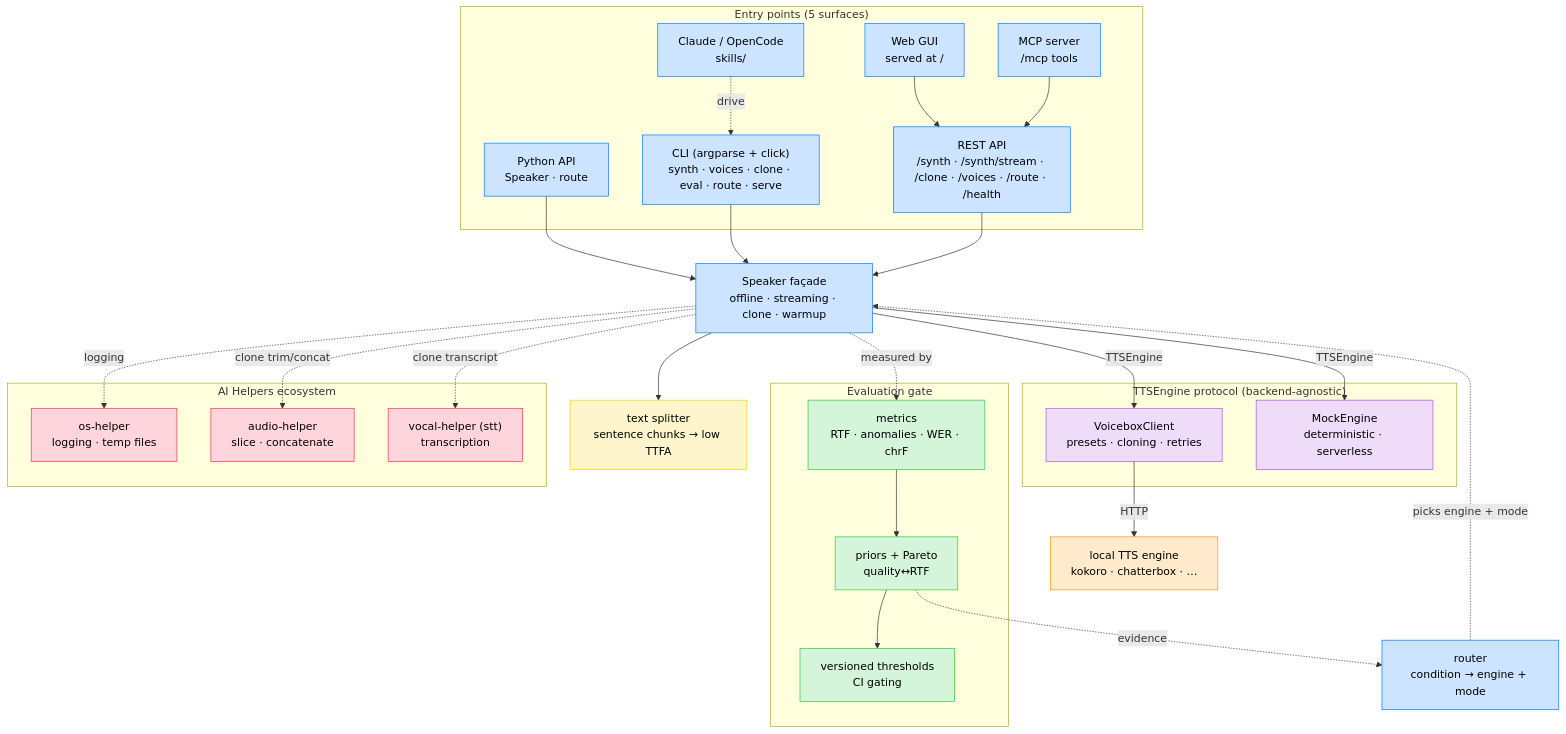
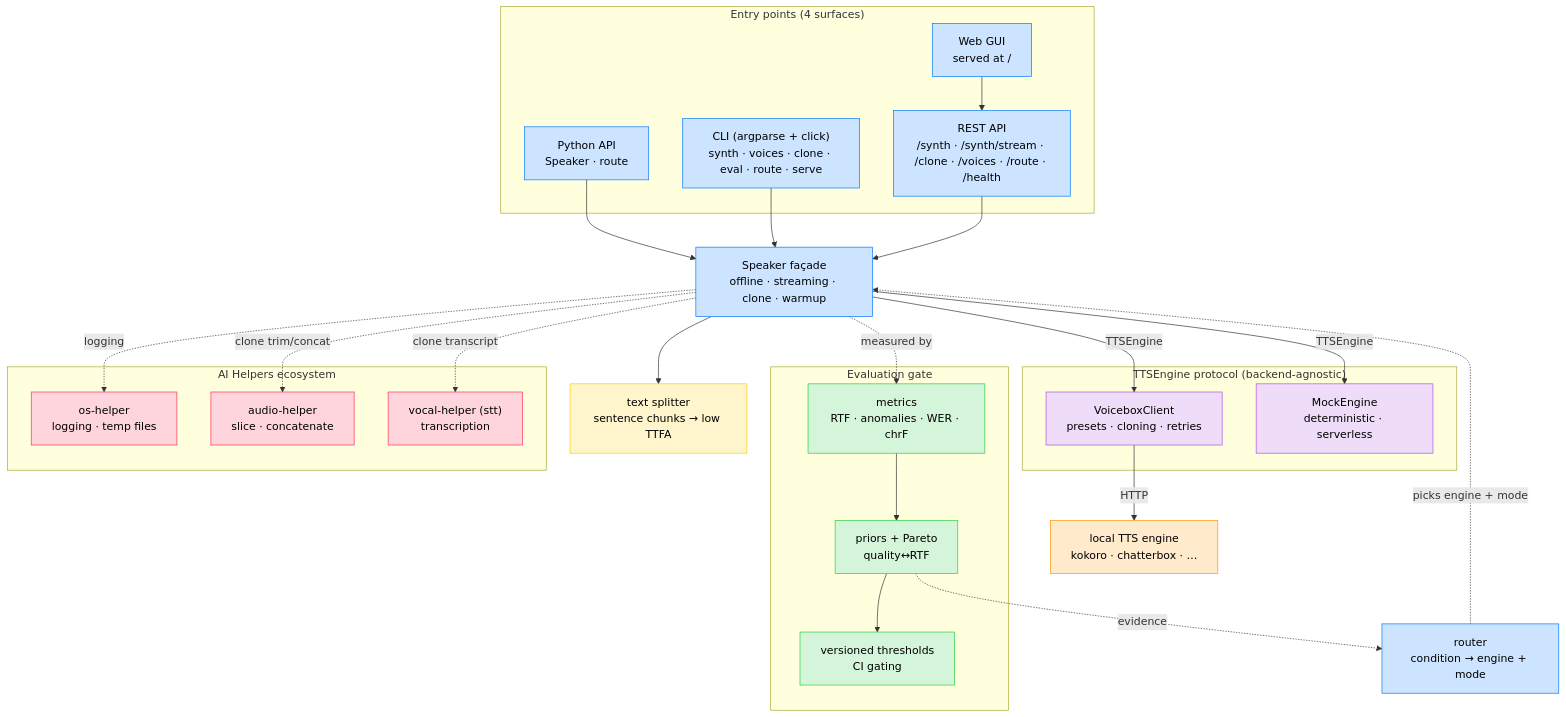
The first of 2 diagrams in TECHNICAL_STACK.md (warith-harchaoui/speaker-helper), drawn with Mermaid before and after one commit. The commit also changed other lines of this file and 17 other files, not shown here.

````diff
--- a/TECHNICAL_STACK.md
+++ b/TECHNICAL_STACK.md
@@ -10,59 +10,55 @@
 ```mermaid
 flowchart TB
-    subgraph clients["Entry points (5 surfaces)"]
+    subgraph clients["Entry points (4 surfaces)"]
         lib["Python API<br/>Speaker · route"]:::core
         cli["CLI (argparse + click)<br/>synth · voices · clone · eval · route · serve"]:::core
         api["REST API<br/>/synth · /synth/stream · /clone · /voices · /route · /health"]:::core
         gui["Web GUI<br/>served at /"]:::core
-        mcp["MCP server<br/>/mcp tools"]:::core
-        skills["Claude / OpenCode<br/>skills/"]:::core
     end
 
     speaker["Speaker façade<br/>offline · streaming · clone · warmup"]:::core
     router["router<br/>condition → engine + mode"]:::core
     text["text splitter<br/>sentence chunks → low TTFA"]:::util
 
     subgraph engines["TTSEngine protocol (backend-agnostic)"]
         voicebox["VoiceboxClient<br/>presets · cloning · retries"]:::engine
         mock["MockEngine<br/>deterministic · serverless"]:::engine
     end
 
     subgraph evallayer["Evaluation gate"]
         metrics["metrics<br/>RTF · anomalies · WER · chrF"]:::eval
         priors["priors + Pareto<br/>quality↔RTF"]:::eval
         thresholds["versioned thresholds<br/>CI gating"]:::eval
     end
 
     subgraph ecosystem["AI Helpers ecosystem"]
         osh["os-helper<br/>logging · temp files"]:::eco
         ah["audio-helper<br/>slice · concatenate"]:::eco
         vh["vocal-helper (stt)<br/>transcription"]:::eco
     end
 
     engine["local TTS engine<br/>kokoro · chatterbox · …"]:::ext
 
     lib --> speaker
     cli --> speaker
     api --> speaker
     gui --> api
-    mcp --> api
-    skills -.->|drive| cli
     speaker --> text
     router -.->|picks engine + mode| speaker
     speaker -- "TTSEngine" --> voicebox
     speaker -- "TTSEngine" --> mock
     voicebox -->|HTTP| engine
     speaker -.->|measured by| metrics
     metrics --> priors --> thresholds
     priors -.->|evidence| router
     speaker -.->|logging| osh
     speaker -.->|clone trim/concat| ah
     speaker -.->|clone transcript| vh
 
     classDef core fill:#CCE4FF,stroke:#007AFF,color:#000000
     classDef util fill:#FFF5CC,stroke:#FFCC00,color:#000000
     classDef engine fill:#EFDCF8,stroke:#AF52DE,color:#000000
     classDef eval fill:#D4F5D9,stroke:#28CD41,color:#000000
     classDef eco fill:#FFD5DD,stroke:#FF2D55,color:#000000
     classDef ext fill:#FFEACC,stroke:#FF9500,color:#000000
 ```
````
